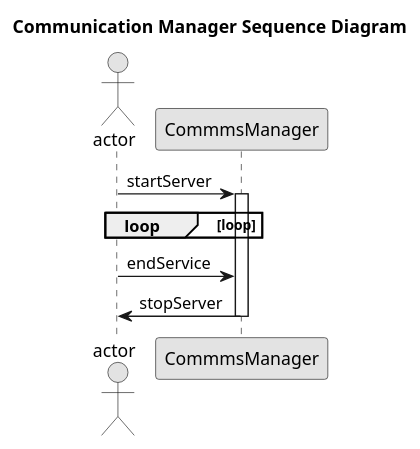
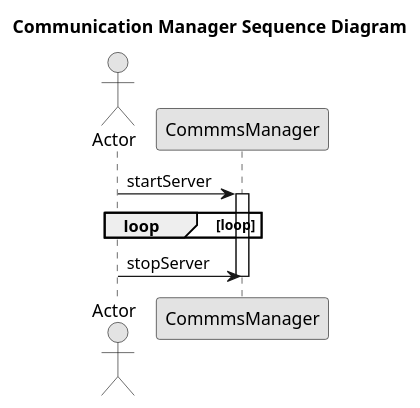
Before and after one commit to avrocha/plant-floor-control: the diagram in docs/sequence_uml/comms_manager.puml, drawn with PlantUML. The commit also changed 2 other files, not shown here.

Commit message:
UML: Change actor names and update Command Manager
References: #1 #2 #3

```diff
--- a/docs/sequence_uml/comms_manager.puml
+++ b/docs/sequence_uml/comms_manager.puml
@@ -1,21 +1,21 @@
 @startuml
 
 skinparam linetype ortho
 skinparam Monochrome true
 skinparam classAttributeIconSize 0
 
 title Communication Manager Sequence Diagram
-actor actor
+actor Actor
 
 
-actor-> CommmsManager: startServer
+Actor-> CommmsManager: startServer
 activate CommmsManager
 loop loop
+
 end
 
-actor-> CommmsManager: endService
+Actor-> CommmsManager: stopServer
 
-CommmsManager->actor: stopServer
 deactivate CommmsManager
 
 @enduml
```
